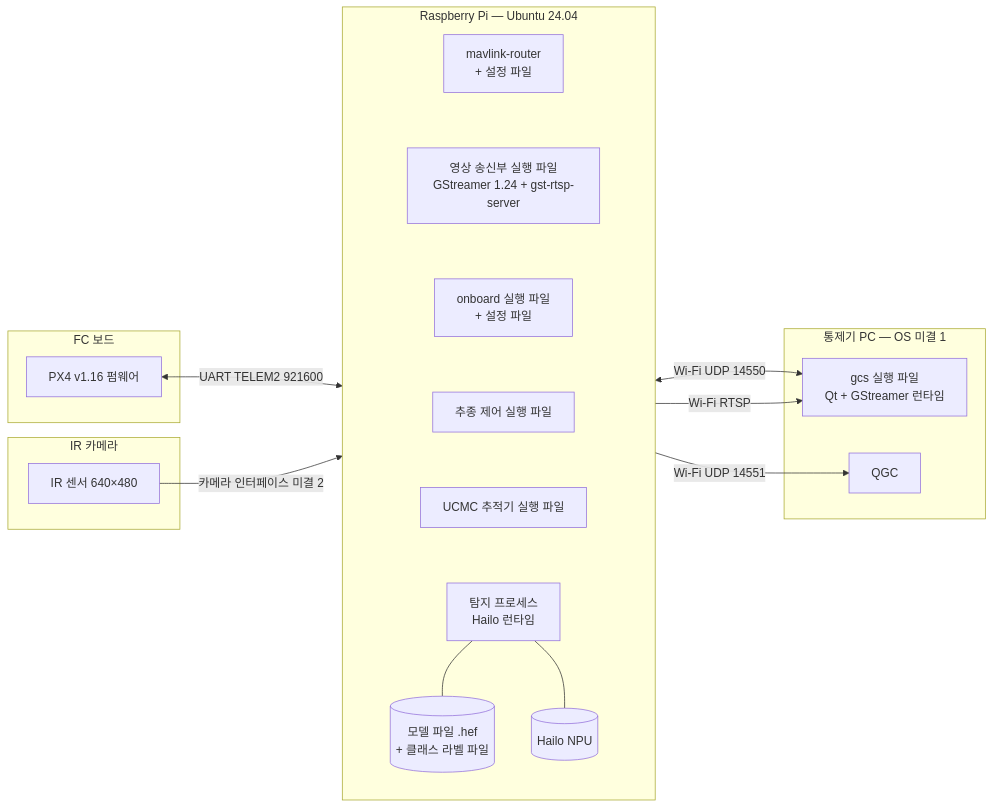
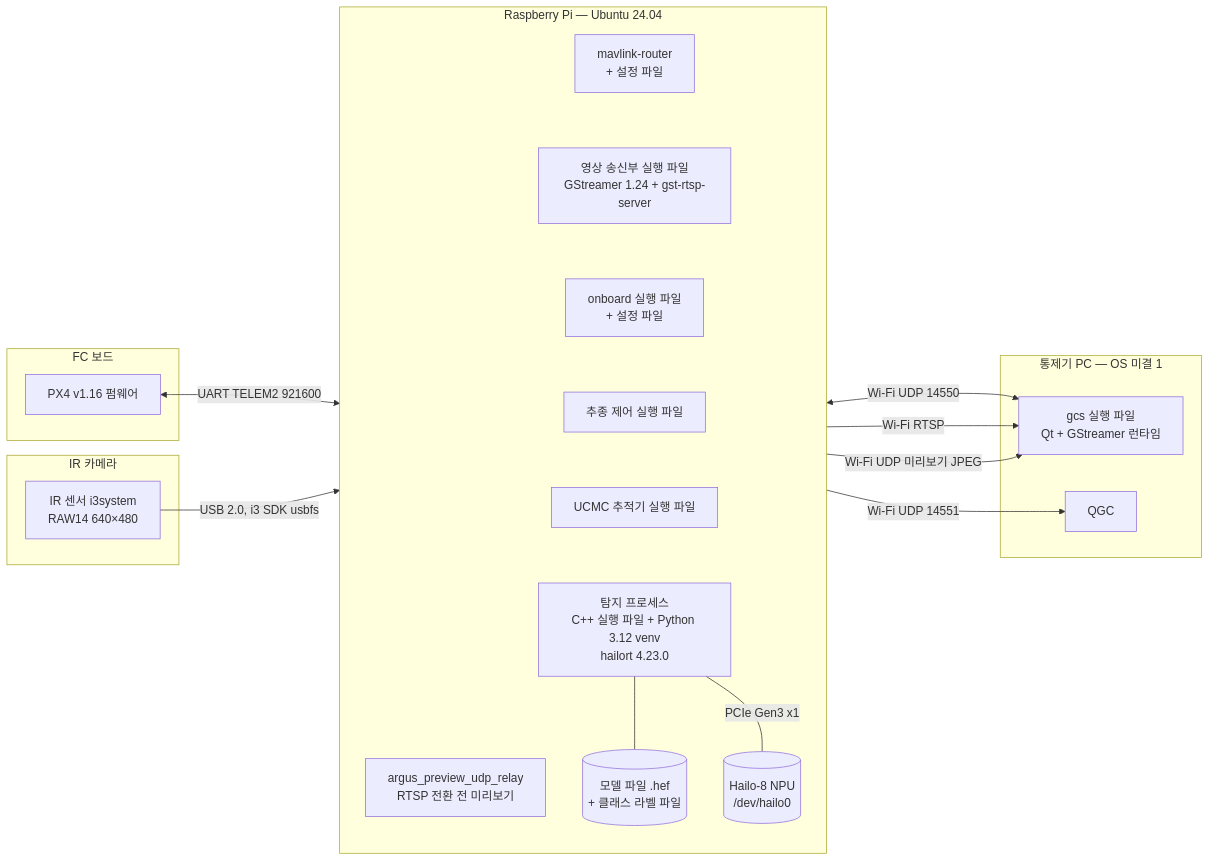
The diagram in docs/design/uml/deployment.md (lig-argus/argus-edge-vision), drawn with Mermaid before and after one commit. The commit also changed other lines of this file and 7 other files, not shown here.

First line of the commit message:
docs: UML 에 탐지 담당 리뷰와 vehicle_api 타깃 분리 반영

````diff
--- a/docs/design/uml/deployment.md
+++ b/docs/design/uml/deployment.md
@@ -9,32 +9,34 @@
 ```mermaid
 flowchart LR
     subgraph fc_node [FC 보드]
         px4[PX4 v1.16 펌웨어]
     end
     subgraph cam_node [IR 카메라]
-        ir[IR 센서 640×480]
+        ir[IR 센서 i3system<br/>RAW14 640×480]
     end
     subgraph rpi_node [Raspberry Pi — Ubuntu 24.04]
         direction TB
         router[mavlink-router<br/>+ 설정 파일]
         vtx[영상 송신부 실행 파일<br/>GStreamer 1.24 + gst-rtsp-server]
         onboard[onboard 실행 파일<br/>+ 설정 파일]
         follow[추종 제어 실행 파일]
         tracker[UCMC 추적기 실행 파일]
-        vision[탐지 프로세스<br/>Hailo 런타임]
+        vision[탐지 프로세스<br/>C++ 실행 파일 + Python 3.12 venv<br/>hailort 4.23.0]
+        relay[argus_preview_udp_relay<br/>RTSP 전환 전 미리보기]
         model[(모델 파일 .hef<br/>+ 클래스 라벨 파일)]
-        npu[(Hailo NPU)]
-        router ~~~ vtx ~~~ onboard ~~~ follow ~~~ tracker ~~~ vision
+        npu[(Hailo-8 NPU<br/>/dev/hailo0)]
+        router ~~~ vtx ~~~ onboard ~~~ follow ~~~ tracker ~~~ vision ~~~ relay
     end
     subgraph gcs_node [통제기 PC — OS 미결 1]
         gcs[gcs 실행 파일<br/>Qt + GStreamer 런타임]
         qgc[QGC]
     end
     px4 <-->|UART TELEM2 921600| router
     router <-->|Wi-Fi UDP 14550| gcs
     router -->|Wi-Fi UDP 14551| qgc
     vtx -->|Wi-Fi RTSP| gcs
-    ir -->|카메라 인터페이스 미결 2| vision
+    ir -->|USB 2.0, i3 SDK usbfs| vision
     vision --- model
-    vision --- npu
+    vision ---|PCIe Gen3 x1| npu
+    relay -->|Wi-Fi UDP 미리보기 JPEG| gcs
 ```
````
